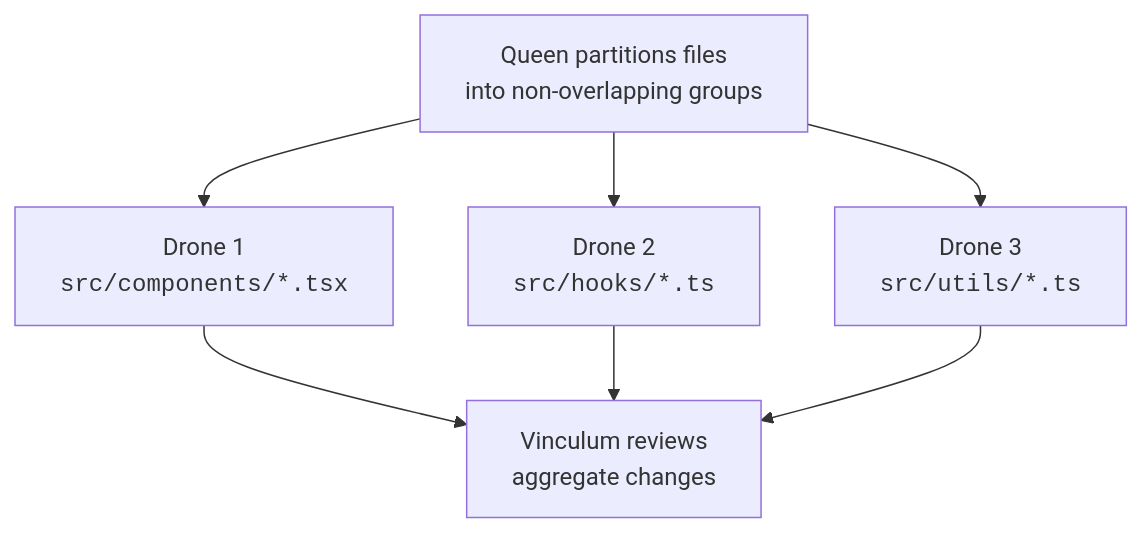
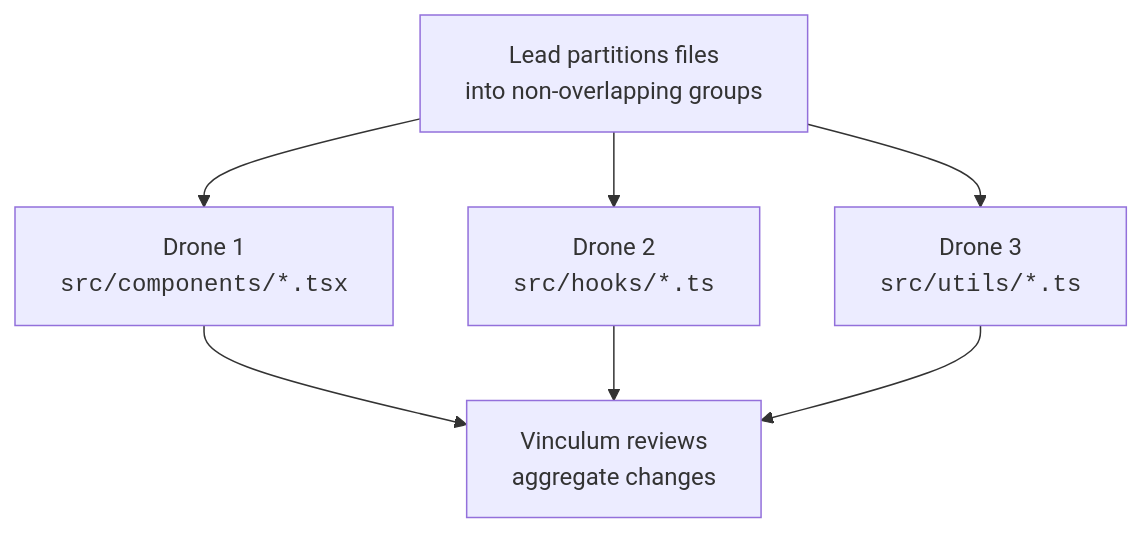
The sixth of 8 diagrams in README.md (benediktms/unimatrix), drawn with Mermaid before and after one commit. The commit also changed other lines of this file, not shown here.

First line of the commit message:
fix: audit README — replace Queen with Lead, fix Mermaid line breaks

````diff
--- a/README.md
+++ b/README.md
@@ -255,8 +252,8 @@
 ```mermaid
 flowchart TD
-    Queen["Queen partitions files<br/>into non-overlapping groups"] --> Drone1 & Drone2 & Drone3
+    Lead["Lead partitions files<br/>into non-overlapping groups"] --> Drone1 & Drone2 & Drone3
     Drone1["Drone 1<br/><code>src/components/*.tsx</code>"]
     Drone2["Drone 2<br/><code>src/hooks/*.ts</code>"]
     Drone3["Drone 3<br/><code>src/utils/*.ts</code>"]
     Drone1 & Drone2 & Drone3 --> Review["Vinculum reviews<br/>aggregate changes"]
 ```
````
